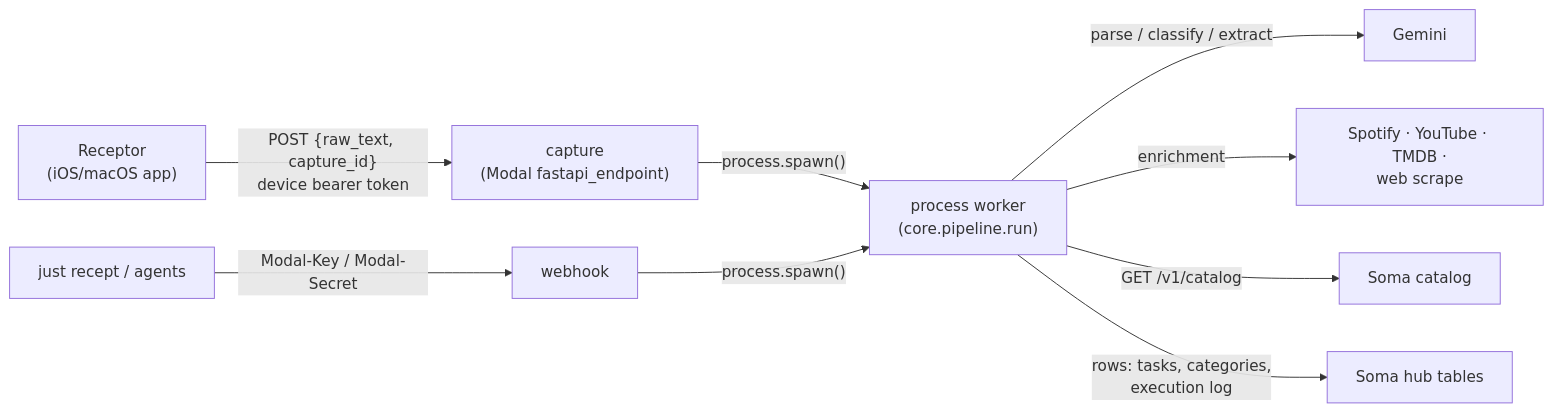
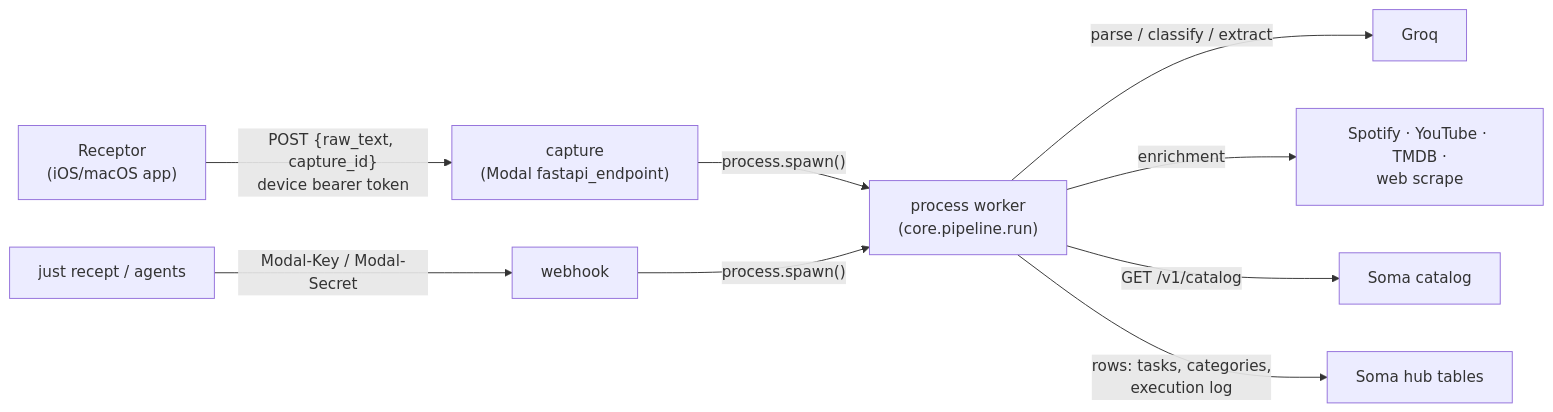
One commit to alexjmiller5/synapse changed the diagram in README.md. Above: the diagram before and after it, drawn with Mermaid. The commit also changed other lines of this file and 25 other files, not shown here.

````diff
--- a/README.md
+++ b/README.md
@@ -19,11 +19,11 @@
 ```mermaid
 flowchart LR
     R["Receptor<br/>(iOS/macOS app)"] -->|"POST {raw_text, capture_id}<br/>device bearer token"| C["capture<br/>(Modal fastapi_endpoint)"]
     O["just recept / agents"] -->|"Modal-Key / Modal-Secret"| W["webhook"]
     C -->|"process.spawn()"| P["process worker<br/>(core.pipeline.run)"]
     W -->|"process.spawn()"| P
-    P -->|"parse / classify / extract"| G["Gemini"]
+    P -->|"parse / classify / extract"| G["Groq"]
     P -->|"enrichment"| X["Spotify · YouTube · TMDB ·<br/>web scrape"]
     P -->|"GET /v1/catalog"| K["Soma catalog"]
     P -->|"rows: tasks, categories,<br/>execution log"| H["Soma hub tables"]
 ```
````
